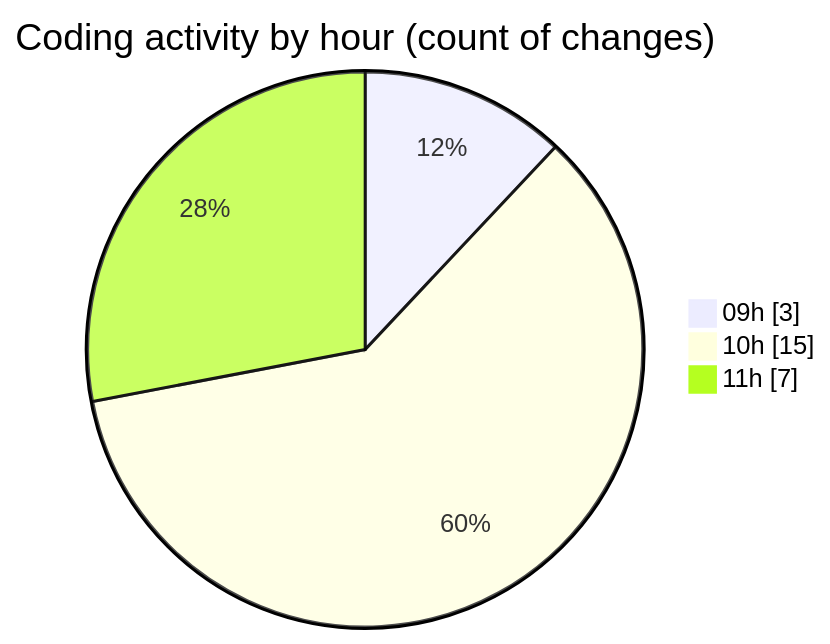
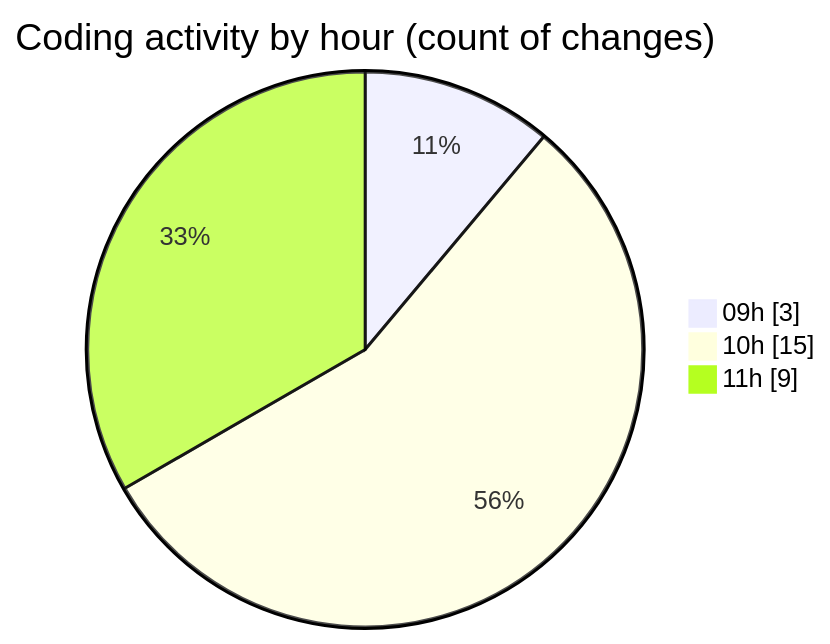
Before and after one commit to momahboobian/code-tracking: the second of 2 diagrams in 2026-11-03/cda/README.md, drawn with Mermaid. The commit also changed other lines of this file and 1 other file, not shown here.

````diff
--- a/2026-11-03/cda/README.md
+++ b/2026-11-03/cda/README.md
@@ -40,7 +40,7 @@
 ```mermaid
 pie showData
 title Coding activity by hour (count of changes)
 "09h" : 3
 "10h" : 15
-"11h" : 7
+"11h" : 9
 ```
````
